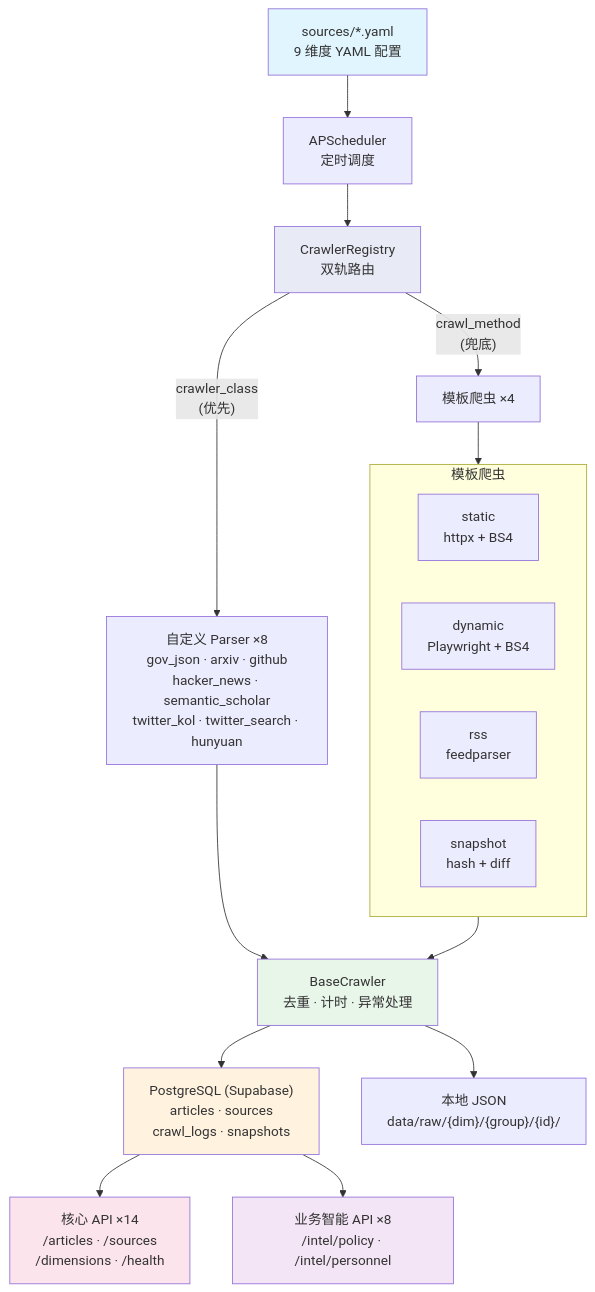
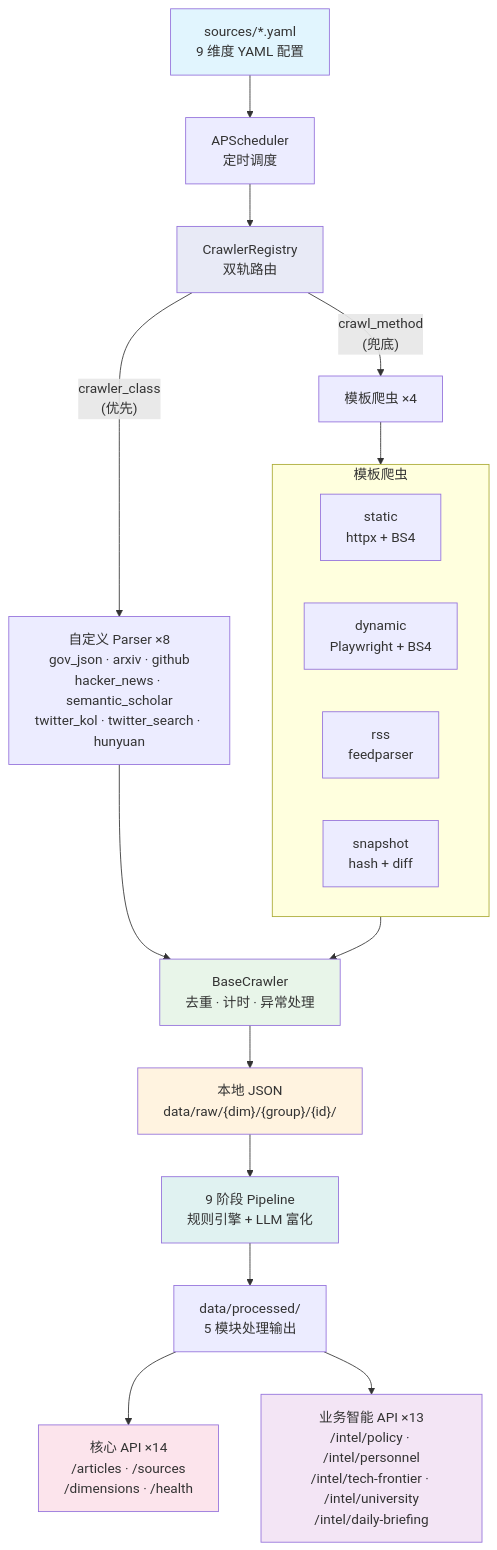
The second of 2 diagrams in README.md (Ryder-MHumble/DeanAgent-Backend), drawn with Mermaid before and after one commit. The commit also changed other lines of this file and 6 other files, not shown here.

First line of the commit message:
docs: update README and CLAUDE.md to reflect DB-free architecture and 5 intel modules

````diff
--- a/README.md
+++ b/README.md
@@ -127,34 +150,37 @@
 ```mermaid
 graph TD
     YAML["sources/*.yaml<br/>9 维度 YAML 配置"] --> Scheduler["APScheduler<br/>定时调度"]
     Scheduler --> Registry["CrawlerRegistry<br/>双轨路由"]
 
     Registry -->|"crawler_class<br/>(优先)"| Custom["自定义 Parser ×8<br/>gov_json · arxiv · github<br/>hacker_news · semantic_scholar<br/>twitter_kol · twitter_search · hunyuan"]
     Registry -->|"crawl_method<br/>(兜底)"| Template["模板爬虫 ×4"]
 
     subgraph Templates["模板爬虫"]
         direction LR
         Static["static<br/>httpx + BS4"]
         Dynamic["dynamic<br/>Playwright + BS4"]
         RSS["rss<br/>feedparser"]
         Snapshot["snapshot<br/>hash + diff"]
     end
 
     Template --> Templates
 
     Custom --> Base["BaseCrawler<br/>去重 · 计时 · 异常处理"]
     Templates --> Base
 
-    Base --> DB["PostgreSQL (Supabase)<br/>articles · sources<br/>crawl_logs · snapshots"]
     Base --> JSON["本地 JSON<br/>data/raw/{dim}/{group}/{id}/"]
 
-    DB --> CoreAPI["核心 API ×14<br/>/articles · /sources<br/>/dimensions · /health"]
-    DB --> IntelAPI["业务智能 API ×8<br/>/intel/policy · /intel/personnel"]
+    JSON --> Pipeline["9 阶段 Pipeline<br/>规则引擎 + LLM 富化"]
+    Pipeline --> Processed["data/processed/<br/>5 模块处理输出"]
+
+    Processed --> CoreAPI["核心 API ×14<br/>/articles · /sources<br/>/dimensions · /health"]
+    Processed --> IntelAPI["业务智能 API ×13<br/>/intel/policy · /intel/personnel<br/>/intel/tech-frontier · /intel/university<br/>/intel/daily-briefing"]
 
     style YAML fill:#e1f5fe
     style Registry fill:#e8eaf6
     style Base fill:#e8f5e9
-    style DB fill:#fff3e0
+    style JSON fill:#fff3e0
+    style Pipeline fill:#e0f2f1
     style CoreAPI fill:#fce4ec
     style IntelAPI fill:#f3e5f5
 ```
````
